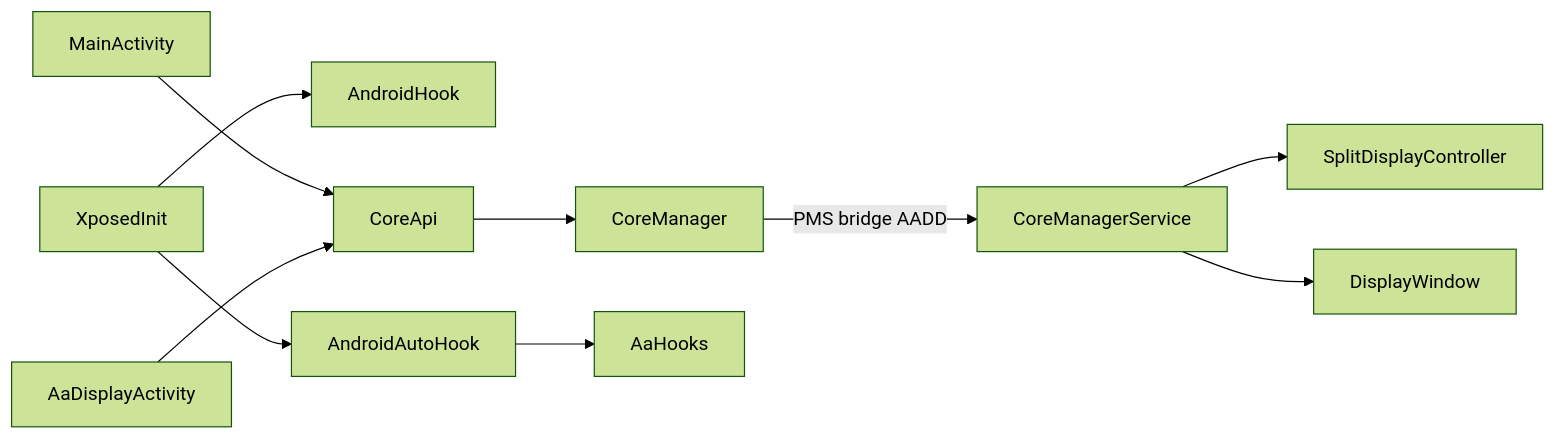
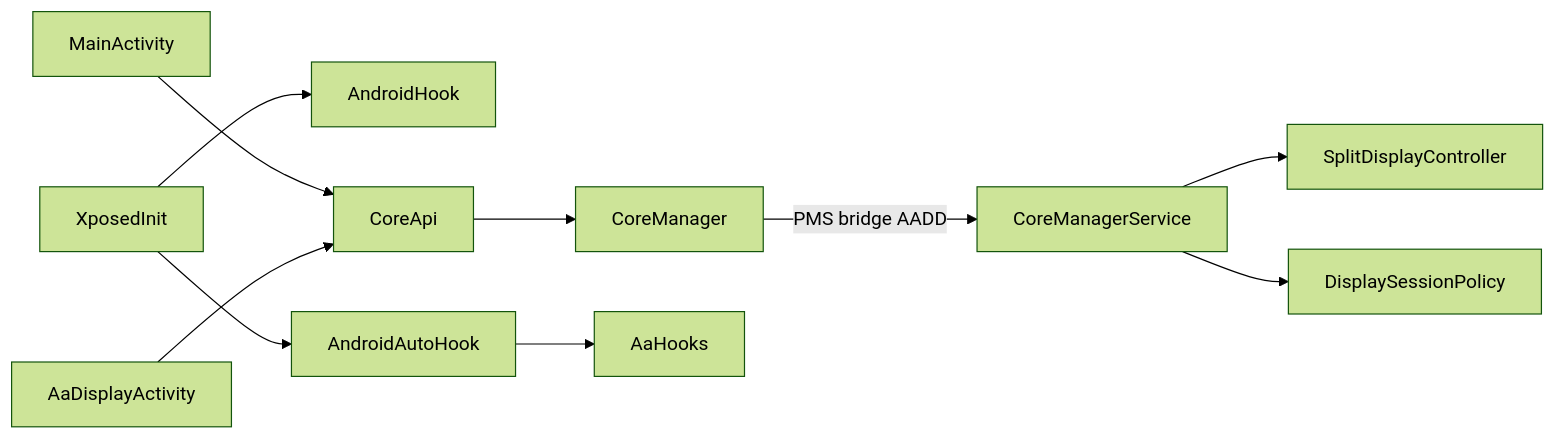
The diagram in AGENTS.md (lagXkjy/AADisplay), drawn with Mermaid (forest theme) before and after one commit. The commit also changed other lines of this file and 4 other files, not shown here.

````diff
--- a/AGENTS.md
+++ b/AGENTS.md
@@ -53,12 +53,12 @@
 ```mermaid
 flowchart LR
   XposedInit --> AndroidHook
   XposedInit --> AndroidAutoHook
   MainActivity --> CoreApi
   AaDisplayActivity --> CoreApi
   CoreApi --> CoreManager
   CoreManager -->|"PMS bridge AADD"| CoreManagerService
   CoreManagerService --> SplitDisplayController
-  CoreManagerService --> DisplayWindow
+  CoreManagerService --> DisplaySessionPolicy
   AndroidAutoHook --> AaHooks
 ```
````
